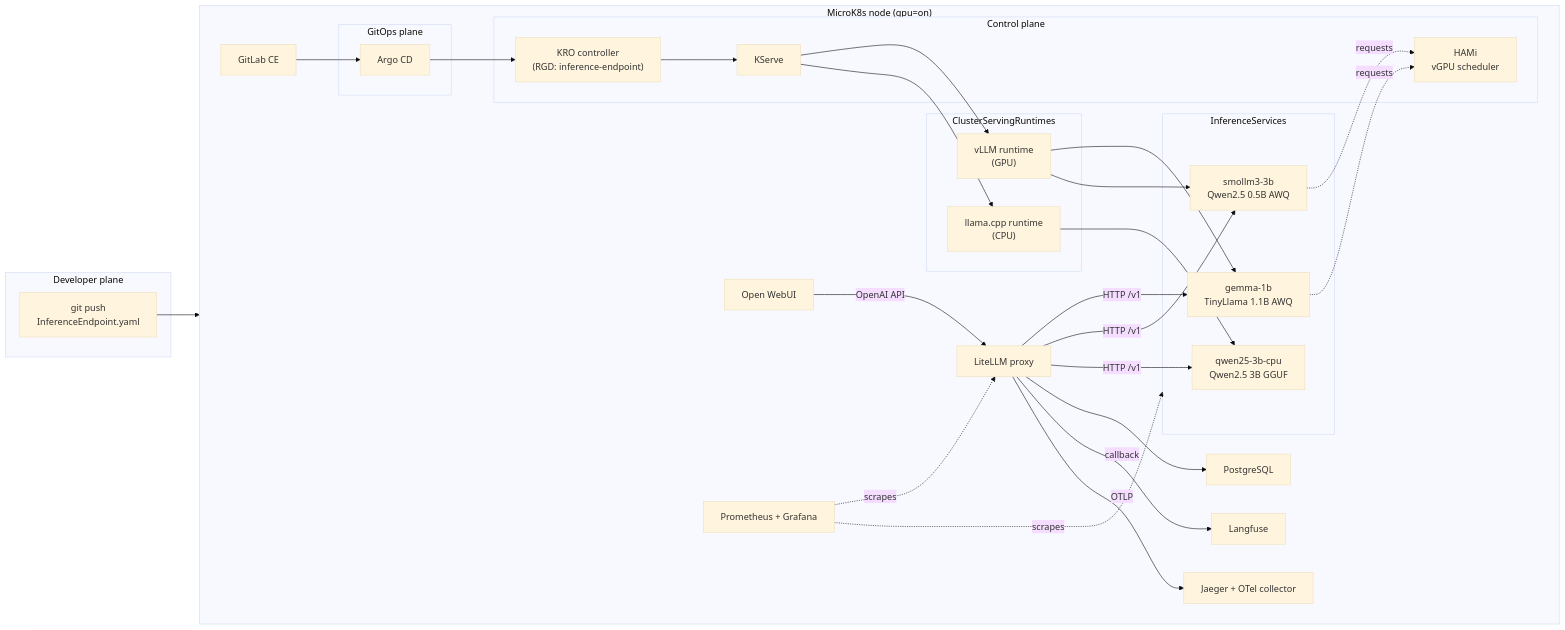
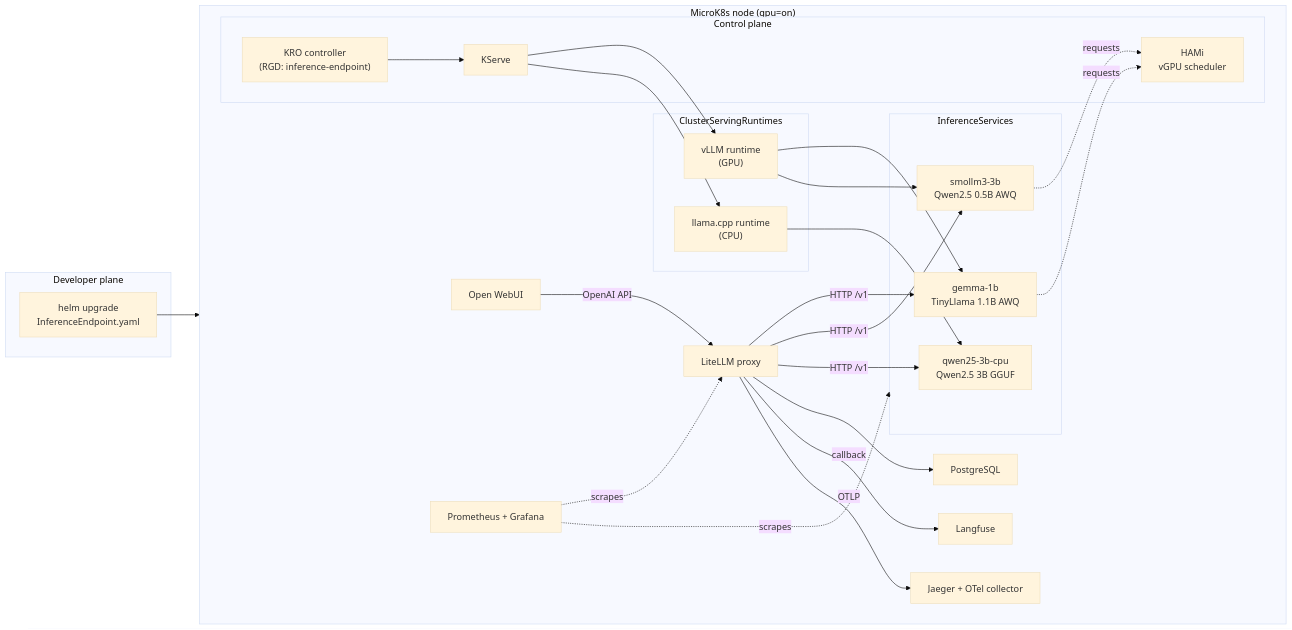
The first of 3 diagrams in README.md (bogdancstrike/k8s-llm-slm-hami), drawn with Mermaid (base theme) before and after one commit. The commit also changed other lines of this file and 888 other files, not shown here.

Commit message:
Remove deprecated Helm charts, GitLab CI files, `.helmignore` patterns, and related reusable templates across QSINT.

````diff
--- a/README.md
+++ b/README.md
@@ -207,58 +196,52 @@
 ```mermaid
 flowchart LR
   subgraph dev["Developer plane"]
-    GitPush["git push<br/>InferenceEndpoint.yaml"]
+    HelmApply["helm upgrade<br/>InferenceEndpoint.yaml"]
   end
 
   subgraph cluster["MicroK8s node (gpu=on)"]
     direction LR
-
-    subgraph gitops["GitOps plane"]
-      Argo["Argo CD"]
-    end
 
     subgraph control["Control plane"]
       KRO["KRO controller<br/>(RGD: inference-endpoint)"]
       KServe["KServe"]
       HAMi["HAMi<br/>vGPU scheduler"]
     end
 
     subgraph rtimes["ClusterServingRuntimes"]
       VLLM["vLLM runtime<br/>(GPU)"]
       LCPP["llama.cpp runtime<br/>(CPU)"]
     end
 
     subgraph models["InferenceServices"]
       M1["gemma-1b<br/>TinyLlama 1.1B AWQ"]
       M2["smollm3-3b<br/>Qwen2.5 0.5B AWQ"]
       M3["qwen25-3b-cpu<br/>Qwen2.5 3B GGUF"]
     end
 
     LiteLLM["LiteLLM proxy"]
     WebUI["Open WebUI"]
     PG["PostgreSQL"]
     LF["Langfuse"]
     JG["Jaeger + OTel collector"]
     Prom["Prometheus + Grafana"]
-    GitLab["GitLab CE"]
   end
 
-  GitPush --> GitLab
-  GitLab --> Argo --> KRO
+  HelmApply --> KRO
   KRO --> KServe
   KServe --> VLLM --> M1
   VLLM --> M2
   KServe --> LCPP --> M3
   M1 -. requests .-> HAMi
   M2 -. requests .-> HAMi
 
   WebUI -->|OpenAI API| LiteLLM
   LiteLLM -->|HTTP /v1| M1
   LiteLLM -->|HTTP /v1| M2
   LiteLLM -->|HTTP /v1| M3
   LiteLLM --> PG
   LiteLLM -->|callback| LF
   LiteLLM -->|OTLP| JG
   Prom -. scrapes .-> models
   Prom -. scrapes .-> LiteLLM
 ```
````
